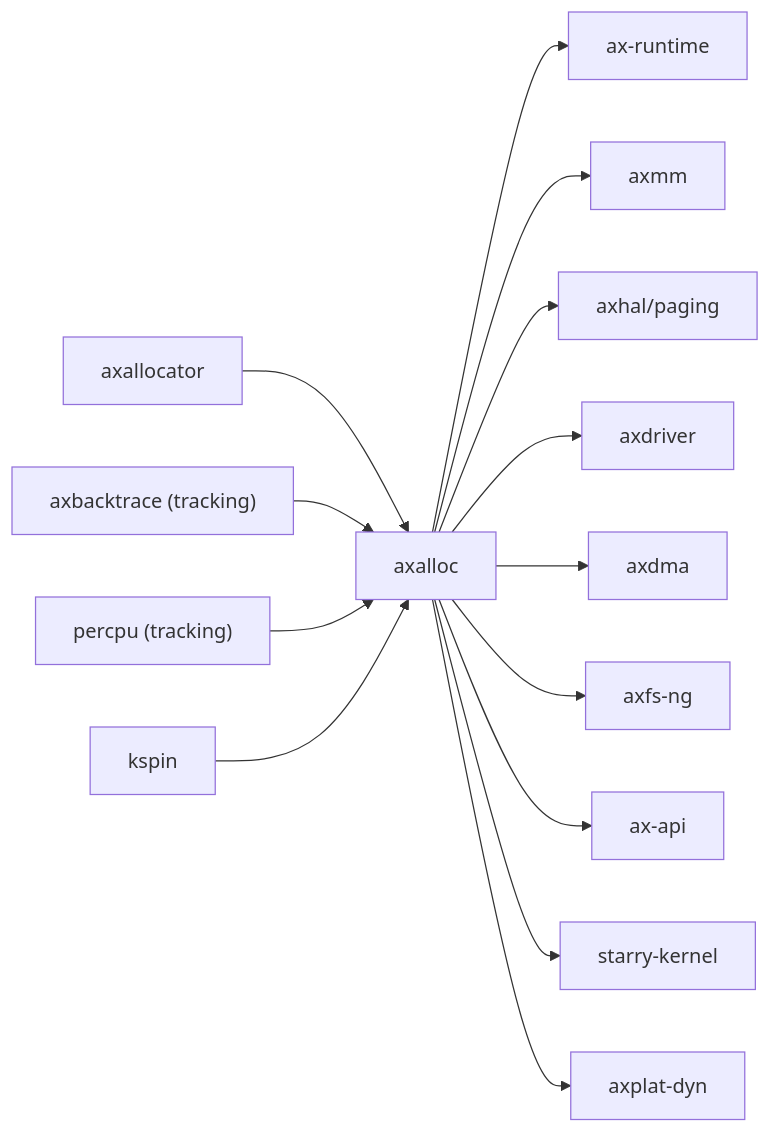
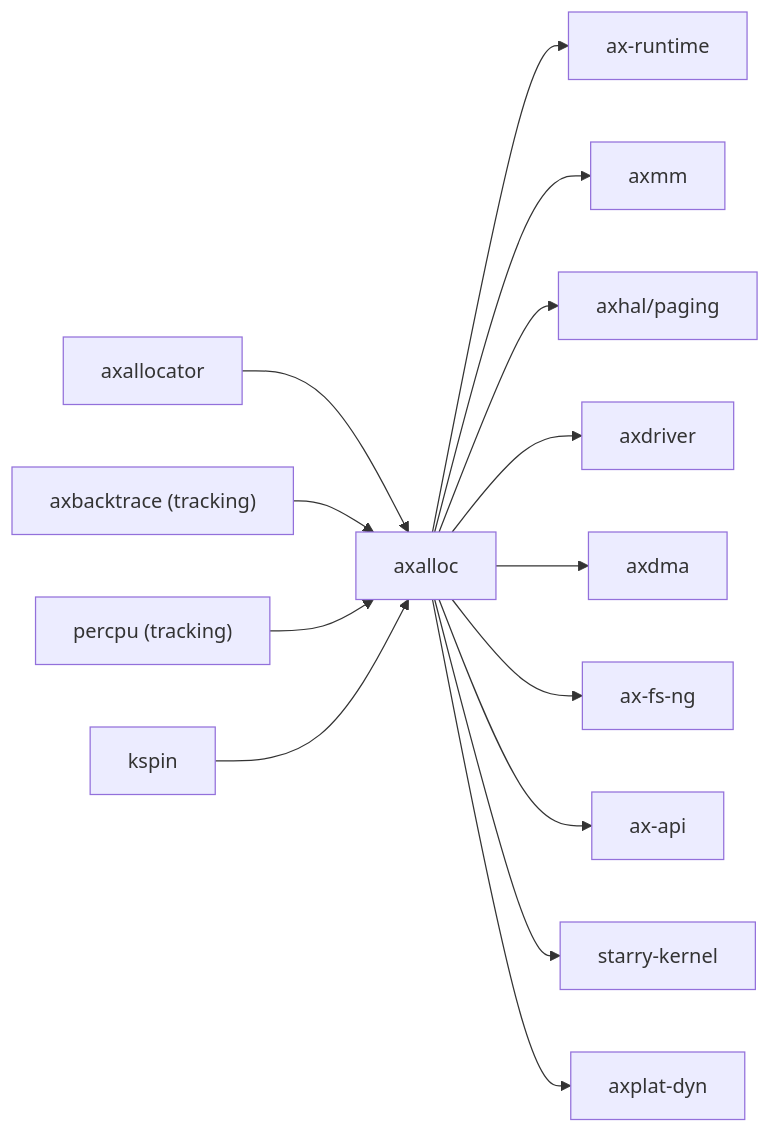
One commit to zKurisu/tgoskits changed the second of 2 diagrams in docs/crates/axalloc.md. Above: the diagram before and after it, drawn with Mermaid. The commit also changed other lines of this file and 37 other files, not shown here.

````diff
--- a/docs/crates/axalloc.md
+++ b/docs/crates/axalloc.md
@@ -82,17 +82,17 @@
 ```mermaid
 graph LR
     axallocator["axallocator"] --> axalloc["axalloc"]
     axbacktrace["axbacktrace (tracking)"] --> axalloc
     percpu["percpu (tracking)"] --> axalloc
     kspin["kspin"] --> axalloc
 
     axalloc --> ax-runtime["ax-runtime"]
     axalloc --> axmm["axmm"]
     axalloc --> axhal["axhal/paging"]
     axalloc --> axdriver["axdriver"]
     axalloc --> axdma["axdma"]
-    axalloc --> axfsng["axfs-ng"]
+    axalloc --> axfsng["ax-fs-ng"]
     axalloc --> ax-api["ax-api"]
     axalloc --> starry_kernel["starry-kernel"]
     axalloc --> axplat_dyn["axplat-dyn"]
 ```
````
